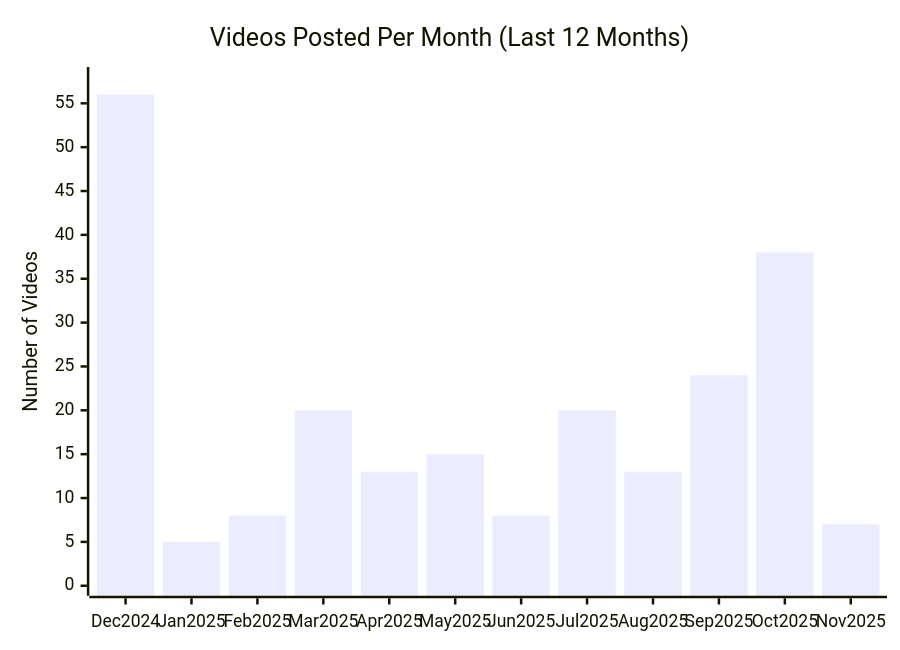
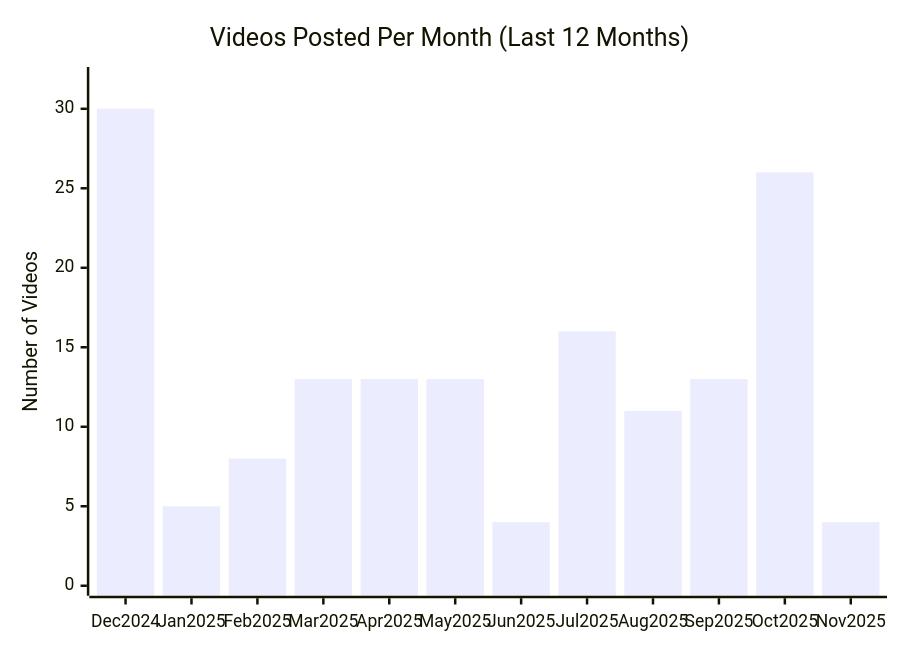
The diagram in ai-companies/openai/youtube.md (engineerliz/ai-coding-research), drawn with Mermaid before and after one commit. The commit also changed other lines of this file and 2 other files, not shown here.

````diff
--- a/ai-companies/openai/youtube.md
+++ b/ai-companies/openai/youtube.md
@@ -15,7 +15,7 @@
 ```mermaid
 xychart-beta
     title "Videos Posted Per Month (Last 12 Months)"
     x-axis [Dec 2024, Jan 2025, Feb 2025, Mar 2025, Apr 2025, May 2025, Jun 2025, Jul 2025, Aug 2025, Sep 2025, Oct 2025, Nov 2025]
-    y-axis "Number of Videos" 0 --> 58
-    bar [56, 5, 8, 20, 13, 15, 8, 20, 13, 24, 38, 7]
+    y-axis "Number of Videos" 0 --> 32
+    bar [30, 5, 8, 13, 13, 13, 4, 16, 11, 13, 26, 4]
 ```
````
